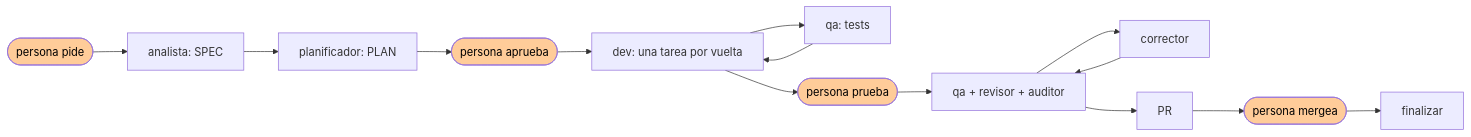
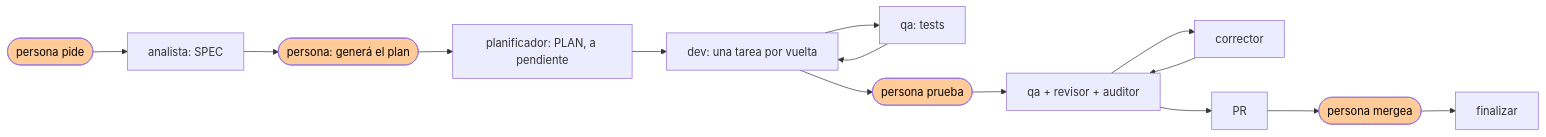
Before and after one commit to octavio-parozlabs/mindstack: the diagram in README.md, drawn with Mermaid. The commit also changed other lines of this file and 24 other files, not shown here.

````diff
--- a/README.md
+++ b/README.md
@@ -5,9 +5,9 @@
 ```mermaid
 flowchart LR
-    A([persona pide]) --> S[analista: SPEC] --> P[planificador: PLAN] --> OK([persona aprueba])
-    OK --> D[dev: una tarea por vuelta] --> Q[qa: tests] --> D
+    A([persona pide]) --> S[analista: SPEC] --> OK([persona: generá el plan]) --> P[planificador: PLAN, a pendiente]
+    P --> D[dev: una tarea por vuelta] --> Q[qa: tests] --> D
     D --> PR([persona prueba]) --> R[qa + revisor + auditor] --> C[corrector] --> R
     R --> G[PR] --> M([persona mergea]) --> F[finalizar]
     classDef persona fill:#fc9,color:#000
     class A,OK,PR,M persona
 ```
````
